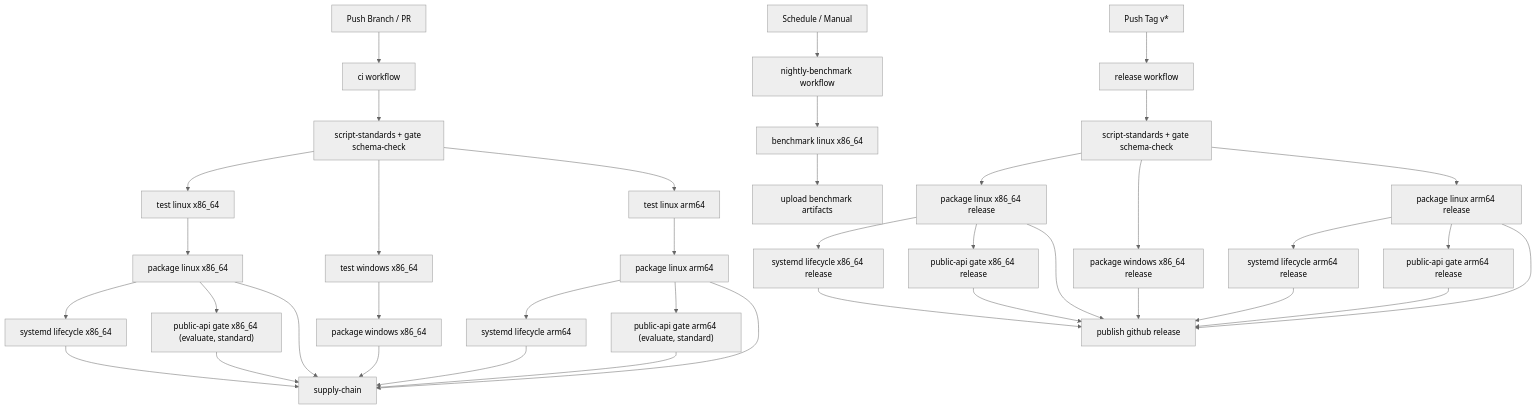
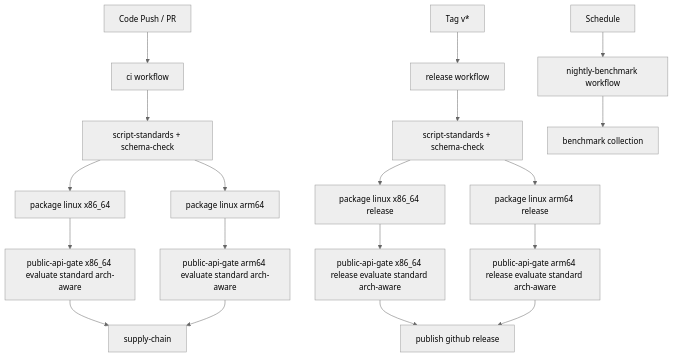
Before and after one commit to hjd92215202/Rivulet-Gateway: the diagram in docs/WORKFLOW-ARCHITECTURE.md, drawn with Mermaid (neutral theme). The commit also changed other lines of this file and 3 other files, not shown here.

````diff
--- a/docs/WORKFLOW-ARCHITECTURE.md
+++ b/docs/WORKFLOW-ARCHITECTURE.md
@@ -27,44 +19,24 @@
 ```mermaid
 flowchart TD
-    A["Push Branch / PR"] --> CI["ci workflow"]
-    B["Push Tag v*"] --> REL["release workflow"]
-    C["Schedule / Manual"] --> NB["nightly-benchmark workflow"]
+    A["Code Push / PR"] --> CI["ci workflow"]
+    B["Tag v*"] --> REL["release workflow"]
+    C["Schedule"] --> NB["nightly-benchmark workflow"]
 
-    CI --> CI_S["script-standards + gate schema-check"]
-    CI_S --> CI_T1["test linux x86_64"]
-    CI_S --> CI_T2["test windows x86_64"]
-    CI_S --> CI_T3["test linux arm64"]
-    CI_T1 --> CI_P1["package linux x86_64"]
-    CI_T2 --> CI_P2["package windows x86_64"]
-    CI_T3 --> CI_P3["package linux arm64"]
-    CI_P1 --> CI_SD1["systemd lifecycle x86_64"]
-    CI_P3 --> CI_SD2["systemd lifecycle arm64"]
-    CI_P1 --> CI_G1["public-api gate x86_64 (evaluate, standard)"]
-    CI_P3 --> CI_G2["public-api gate arm64 (evaluate, standard)"]
-    CI_P1 --> CI_SC["supply-chain"]
-    CI_P2 --> CI_SC
-    CI_P3 --> CI_SC
-    CI_SD1 --> CI_SC
-    CI_SD2 --> CI_SC
-    CI_G1 --> CI_SC
-    CI_G2 --> CI_SC
+    CI --> CI_STD["script-standards + schema-check"]
+    CI_STD --> CI_PX["package linux x86_64"]
+    CI_STD --> CI_PA["package linux arm64"]
+    CI_PX --> CI_GX["public-api-gate x86_64 evaluate standard arch-aware"]
+    CI_PA --> CI_GA["public-api-gate arm64 evaluate standard arch-aware"]
+    CI_GX --> CI_SC["supply-chain"]
+    CI_GA --> CI_SC
 
-    REL --> REL_S["script-standards + gate schema-check"]
-    REL_S --> REL_P1["package linux x86_64 release"]
-    REL_S --> REL_P2["package windows x86_64 release"]
-    REL_S --> REL_P3["package linux arm64 release"]
-    REL_P1 --> REL_SD1["systemd lifecycle x86_64 release"]
-    REL_P3 --> REL_SD2["systemd lifecycle arm64 release"]
-    REL_P1 --> REL_G1["public-api gate x86_64 release"]
-    REL_P3 --> REL_G2["public-api gate arm64 release"]
-    REL_P1 --> PUB["publish github release"]
-    REL_P2 --> PUB
-    REL_P3 --> PUB
-    REL_SD1 --> PUB
-    REL_SD2 --> PUB
-    REL_G1 --> PUB
-    REL_G2 --> PUB
+    REL --> REL_STD["script-standards + schema-check"]
+    REL_STD --> REL_PX["package linux x86_64 release"]
+    REL_STD --> REL_PA["package linux arm64 release"]
+    REL_PX --> REL_GX["public-api-gate x86_64 release evaluate standard arch-aware"]
+    REL_PA --> REL_GA["public-api-gate arm64 release evaluate standard arch-aware"]
+    REL_GX --> REL_PUB["publish github release"]
+    REL_GA --> REL_PUB
 
-    NB --> NB_1["benchmark linux x86_64"]
-    NB_1 --> NB_2["upload benchmark artifacts"]
+    NB --> NB_RUN["benchmark collection"]
 ```
````
